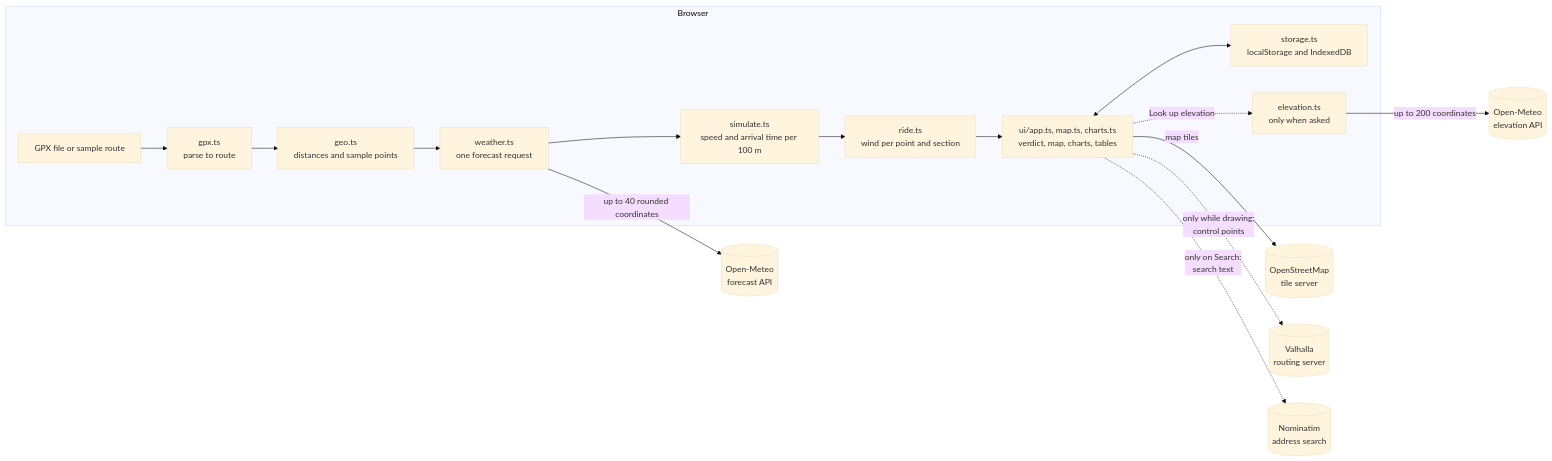
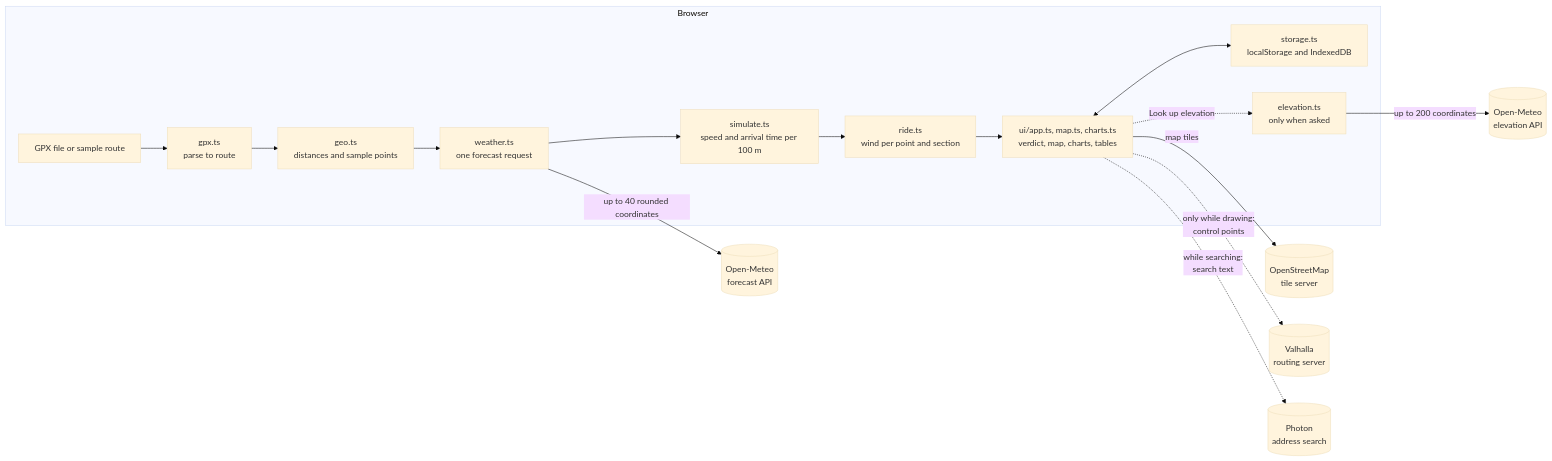
The first of 2 diagrams in docs/architecture.md (kchan1028/ridewind), drawn with Mermaid (base theme) before and after one commit. The commit also changed other lines of this file and 16 other files, not shown here.

First line of the commit message:
feat: place search suggests as you type (Photon) (#93)

````diff
--- a/docs/architecture.md
+++ b/docs/architecture.md
@@ -9,18 +9,18 @@
 ```mermaid
 flowchart LR
   subgraph Browser
     GPX[GPX file or sample route] --> Parse[gpx.ts<br/>parse to route]
     Parse --> Geo[geo.ts<br/>distances and sample points]
     Geo --> Weather[weather.ts<br/>one forecast request]
     Weather --> Sim[simulate.ts<br/>speed and arrival time per 100 m]
     Sim --> Plan[ride.ts<br/>wind per point and section]
     Plan --> UI[ui/app.ts, map.ts, charts.ts<br/>verdict, map, charts, tables]
     UI <--> Store[storage.ts<br/>localStorage and IndexedDB]
     UI -. "Look up elevation" .-> Elev[elevation.ts<br/>only when asked]
   end
   Weather -- "up to 40 rounded coordinates" --> OM[(Open-Meteo<br/>forecast API)]
   Elev -- "up to 200 coordinates" --> OME[(Open-Meteo<br/>elevation API)]
   UI -- "map tiles" --> OSM[(OpenStreetMap<br/>tile server)]
   UI -. "only while drawing:<br/>control points" .-> RT[(Valhalla<br/>routing server)]
-  UI -. "only on Search:<br/>search text" .-> NOM[(Nominatim<br/>address search)]
+  UI -. "while searching:<br/>search text" .-> NOM[(Photon<br/>address search)]
 ```
````
